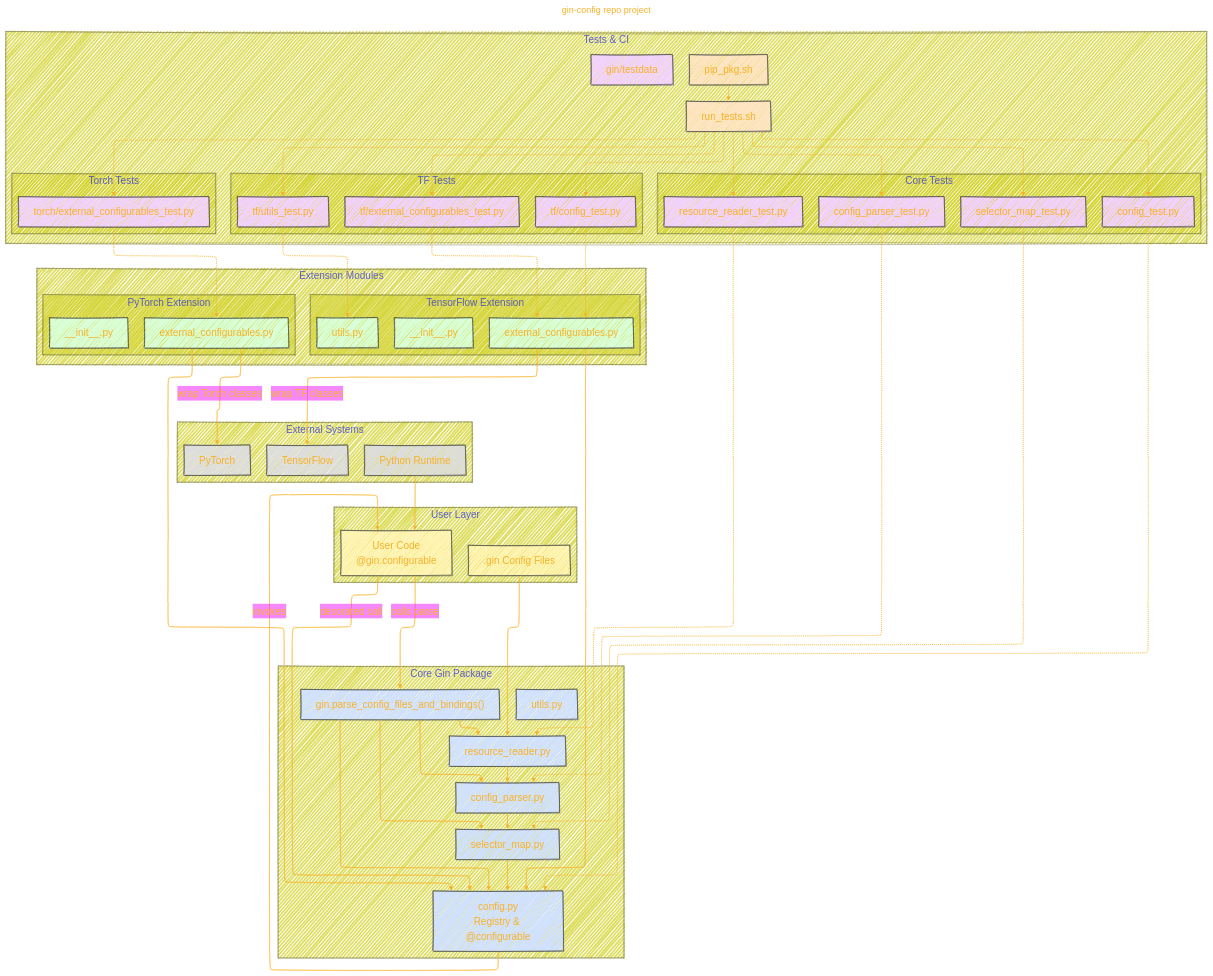
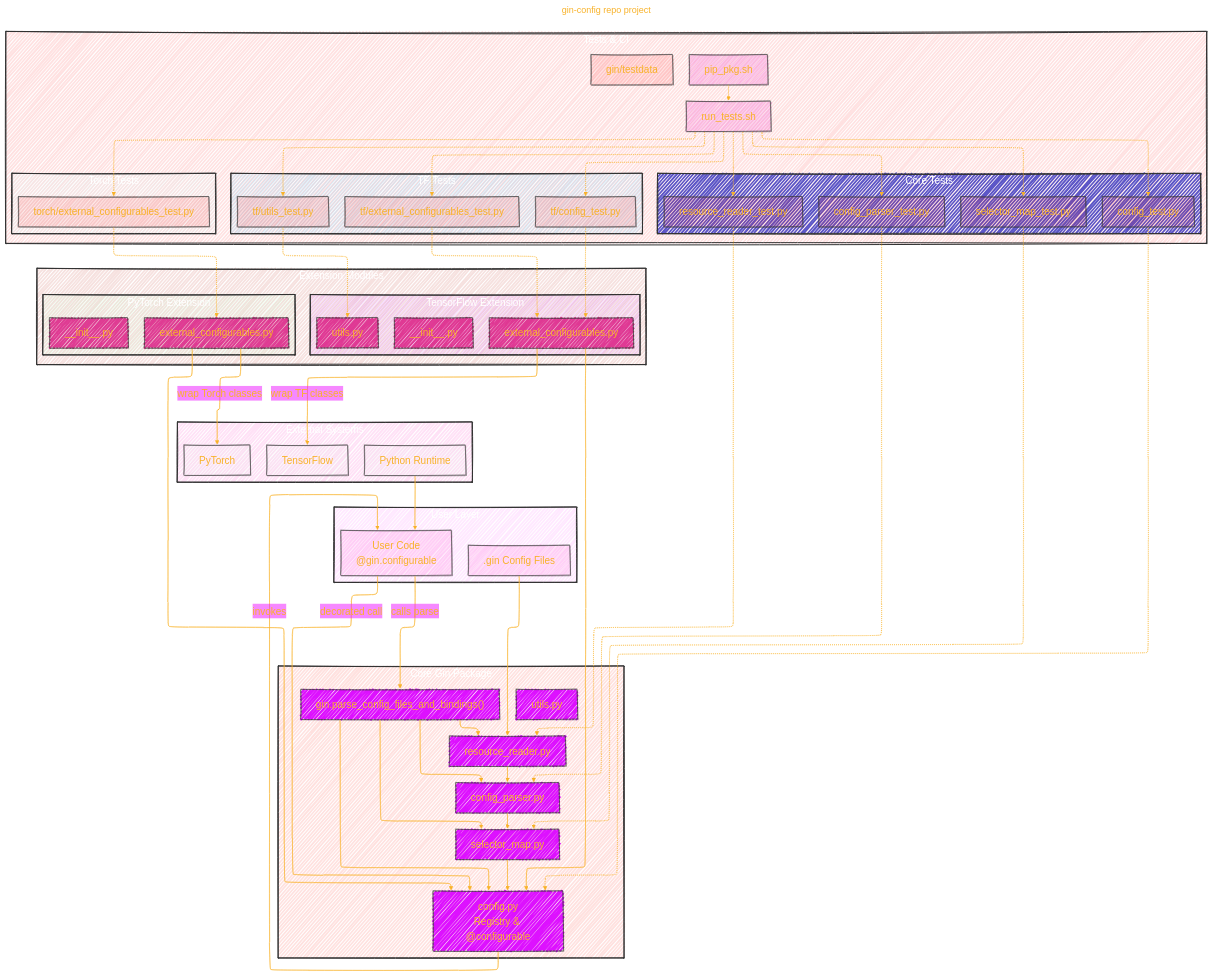
Before and after one commit to CongLeSolutionX/ArchExplorer: the first of 2 diagrams in GOOGLE/gin-config.md, drawn with Mermaid.

Commit message:
update notes

````diff
--- a/GOOGLE/gin-config.md
+++ b/GOOGLE/gin-config.md
@@ -74,139 +74,152 @@
   }
 }%%
 flowchart TB
-    %% User Layer
-    subgraph "User Layer"
-        direction TB
-        UserCode["User Code\n@gin.configurable"]:::user
-        ConfigFiles[".gin Config Files"]:::user
+  subgraph User_Layer["User Layer"]
+  style User_Layer fill:#F5F2,stroke:#333,stroke-width:2px, color: #FFFF
+  direction TB
+    UserCode["User Code\n@gin.configurable"]:::user
+    ConfigFiles[".gin Config Files"]:::user
+  end
+
+  %% Core Layer
+  subgraph Core_Gin_Package["Core Gin Package"]
+  style Core_Gin_Package fill:#F212,stroke:#333,stroke-width:2px, color: #FFFF
+  direction TB
+    API["gin.parse_config_files_and_bindings()"]:::core
+    config["config.py\nRegistry & @configurable"]:::core
+    reader["resource_reader.py"]:::core
+    parser["config_parser.py"]:::core
+    selector["selector_map.py"]:::core
+    utils["utils.py"]:::core
+  end
+
+  %% Extension Layer
+  subgraph Extension_Modules["Extension Modules"]
+  style Extension_Modules fill:#B212,stroke:#333,stroke-width:2px, color: #FFFF
+  direction TB
+
+      subgraph TensorFlow_Extension["TensorFlow Extension"]
+      style TensorFlow_Extension fill:#C2F2,stroke:#333,stroke-width:2px, color: #FFFF
+      direction TB
+        tfInit["__init__.py"]:::ext
+        tfReg["external_configurables.py"]:::ext
+        tfUtils["utils.py"]:::ext
+      end
+      
+      subgraph PyTorch_Extension["PyTorch Extension"]
+      style PyTorch_Extension fill:#AFB2,stroke:#333,stroke-width:2px, color: #FFFF
+      direction TB
+        torchInit["__init__.py"]:::ext
+        torchReg["external_configurables.py"]:::ext
     end
+  end
 
-    %% Core Layer
-    subgraph "Core Gin Package"
-        direction TB
-        API["gin.parse_config_files_and_bindings()"]:::core
-        config["config.py\nRegistry & @configurable"]:::core
-        reader["resource_reader.py"]:::core
-        parser["config_parser.py"]:::core
-        selector["selector_map.py"]:::core
-        utils["utils.py"]:::core
-    end
-
-    %% Extension Layer
-    subgraph "Extension Modules"
-        direction TB
-        subgraph "TensorFlow Extension"
-            direction TB
-            tfInit["__init__.py"]:::ext
-            tfReg["external_configurables.py"]:::ext
-            tfUtils["utils.py"]:::ext
-        end
-        subgraph "PyTorch Extension"
-            direction TB
-            torchInit["__init__.py"]:::ext
-            torchReg["external_configurables.py"]:::ext
-        end
-    end
-
-    %% External Systems
-    subgraph "External Systems"
-        direction TB
+    subgraph External_Systems["External Systems"]
+    style External_Systems fill:#F2B2,stroke:#333,stroke-width:2px, color: #FFFF
+    direction TB
         PythonRuntime["Python Runtime"]:::external
         TensorFlow["TensorFlow"]:::external
         PyTorch["PyTorch"]:::external
     end
 
-    %% Tests & CI
-    subgraph "Tests & CI"
-        direction TB
-        subgraph "Core Tests"
-            parserTest["config_parser_test.py"]:::test
-            configTest["config_test.py"]:::test
-            readerTest["resource_reader_test.py"]:::test
-            selectorTest["selector_map_test.py"]:::test
-        end
-        subgraph "TF Tests"
-            tfConfigTest["tf/config_test.py"]:::test
-            tfRegTest["tf/external_configurables_test.py"]:::test
-            tfUtilsTest["tf/utils_test.py"]:::test
-        end
-        subgraph "Torch Tests"
-            torchTest["torch/external_configurables_test.py"]:::test
-        end
-        testdata["gin/testdata"]:::test
-        runTests["run_tests.sh"]:::script
-        pipPkg["pip_pkg.sh"]:::script
+  subgraph Tests_and_CI["Tests & CI"]
+  style Tests_and_CI fill:#F222,stroke:#333,stroke-width:2px, color: #FFFF
+  direction TB
+
+    subgraph Core_Tests["Core Tests"]
+    style Core_Tests fill:#22BB,stroke:#333,stroke-width:2px, color: #FFFF
+      parserTest["config_parser_test.py"]:::test
+      configTest["config_test.py"]:::test
+      readerTest["resource_reader_test.py"]:::test
+      selectorTest["selector_map_test.py"]:::test
+    end
+    
+    subgraph TF_Tests["TF Tests"]
+    style TF_Tests fill:#2BF2,stroke:#333,stroke-width:2px, color: #FFFF
+      tfConfigTest["tf/config_test.py"]:::test
+      tfRegTest["tf/external_configurables_test.py"]:::test
+      tfUtilsTest["tf/utils_test.py"]:::test
+    end
+    
+    subgraph Torch_Tests["Torch Tests"]
+    style Torch_Tests fill:#BFF2,stroke:#333,stroke-width:2px, color: #FFFF
+      torchTest["torch/external_configurables_test.py"]:::test
     end
 
-    %% Main Flow
-    UserCode -->|calls parse| API
-    ConfigFiles --> reader --> parser --> selector --> config
-    API --> reader
-    API --> parser
-    API --> selector
-    API --> config
+    testdata["gin/testdata"]:::test
+    runTests["run_tests.sh"]:::script
+    pipPkg["pip_pkg.sh"]:::script
+  end
 
-    %% Runtime Injection
-    UserCode -->|decorated call| config
-    config -->|invokes| UserCode
+  %% Main Flow
+  UserCode -->|calls parse| API
+  ConfigFiles --> reader --> parser --> selector --> config
+  API --> reader
+  API --> parser
+  API --> selector
+  API --> config
 
-    %% Extensions Registration
-    tfReg --> config
-    torchReg --> config
+  %% Runtime Injection
+  UserCode -->|decorated call| config
+  config -->|invokes| UserCode
 
-    %% External Plugins
-    tfReg -->|wrap TF classes| TensorFlow
-    torchReg -->|wrap Torch classes| PyTorch
-    PythonRuntime --> UserCode
+  %% Extensions Registration
+  tfReg --> config
+  torchReg --> config
 
-    %% Tests & CI Flows (dashed)
-    parserTest -.-> parser
-    configTest -.-> config
-    readerTest -.-> reader
-    selectorTest -.-> selector
-    tfConfigTest -.-> tfReg
-    tfRegTest -.-> tfReg
-    tfUtilsTest -.-> tfUtils
-    torchTest -.-> torchReg
-    runTests -.-> parserTest
-    runTests -.-> configTest
-    runTests -.-> readerTest
-    runTests -.-> selectorTest
-    runTests -.-> tfConfigTest
-    runTests -.-> tfRegTest
-    runTests -.-> tfUtilsTest
-    runTests -.-> torchTest
-    pipPkg -.-> runTests
+  %% External Plugins
+  tfReg -->|wrap TF classes| TensorFlow
+  torchReg -->|wrap Torch classes| PyTorch
+  PythonRuntime --> UserCode
 
-    %% Click Events
-    click config "https://github.com/google/gin-config/blob/master/gin/config.py"
-    click parser "https://github.com/google/gin-config/blob/master/gin/config_parser.py"
-    click reader "https://github.com/google/gin-config/blob/master/gin/resource_reader.py"
-    click selector "https://github.com/google/gin-config/blob/master/gin/selector_map.py"
-    click utils "https://github.com/google/gin-config/blob/master/gin/utils.py"
-    click tfInit "https://github.com/google/gin-config/blob/master/gin/tf/__init__.py"
-    click tfReg "https://github.com/google/gin-config/blob/master/gin/tf/external_configurables.py"
-    click tfUtils "https://github.com/google/gin-config/blob/master/gin/tf/utils.py"
-    click torchInit "https://github.com/google/gin-config/blob/master/gin/torch/__init__.py"
-    click torchReg "https://github.com/google/gin-config/blob/master/gin/torch/external_configurables.py"
-    click parserTest "https://github.com/google/gin-config/blob/master/tests/config_parser_test.py"
-    click configTest "https://github.com/google/gin-config/blob/master/tests/config_test.py"
-    click readerTest "https://github.com/google/gin-config/blob/master/tests/resource_reader_test.py"
-    click selectorTest "https://github.com/google/gin-config/blob/master/tests/selector_map_test.py"
-    click tfConfigTest "https://github.com/google/gin-config/blob/master/tests/tf/config_test.py"
-    click tfRegTest "https://github.com/google/gin-config/blob/master/tests/tf/external_configurables_test.py"
-    click tfUtilsTest "https://github.com/google/gin-config/blob/master/tests/tf/utils_test.py"
-    click torchTest "https://github.com/google/gin-config/blob/master/tests/torch/external_configurables_test.py"
-    click testdata "https://github.com/google/gin-config/tree/master/gin/testdata"
-    click runTests "https://github.com/google/gin-config/blob/master/run_tests.sh"
-    click pipPkg "https://github.com/google/gin-config/blob/master/pip_pkg.sh"
+  %% Tests & CI Flows (dashed)
+  parserTest -.-> parser
+  configTest -.-> config
+  readerTest -.-> reader
+  selectorTest -.-> selector
+  tfConfigTest -.-> tfReg
+  tfRegTest -.-> tfReg
+  tfUtilsTest -.-> tfUtils
+  torchTest -.-> torchReg
+  runTests -.-> parserTest
+  runTests -.-> configTest
+  runTests -.-> readerTest
+  runTests -.-> selectorTest
+  runTests -.-> tfConfigTest
+  runTests -.-> tfRegTest
+  runTests -.-> tfUtilsTest
+  runTests -.-> torchTest
+  pipPkg -.-> runTests
 
-    %% Styles
-    classDef core fill:#D0E1FF,stroke:#333,stroke-width:1px
-    classDef ext fill:#D8FFD8,stroke:#333,stroke-width:1px
-    classDef user fill:#FFF4B2,stroke:#333,stroke-width:1px
-    classDef external fill:#DDDDDD,stroke:#333,stroke-width:1px
-    classDef test fill:#F3D1FF,stroke:#333,stroke-width:1px
-    classDef script fill:#FFE4C4,stroke:#333,stroke-width:1px
+  %% Click Events
+  click config "https://github.com/google/gin-config/blob/master/gin/config.py"
+  click parser "https://github.com/google/gin-config/blob/master/gin/config_parser.py"
+  click reader "https://github.com/google/gin-config/blob/master/gin/resource_reader.py"
+  click selector "https://github.com/google/gin-config/blob/master/gin/selector_map.py"
+  click utils "https://github.com/google/gin-config/blob/master/gin/utils.py"
+  click tfInit "https://github.com/google/gin-config/blob/master/gin/tf/__init__.py"
+  click tfReg "https://github.com/google/gin-config/blob/master/gin/tf/external_configurables.py"
+  click tfUtils "https://github.com/google/gin-config/blob/master/gin/tf/utils.py"
+  click torchInit "https://github.com/google/gin-config/blob/master/gin/torch/__init__.py"
+  click torchReg "https://github.com/google/gin-config/blob/master/gin/torch/external_configurables.py"
+  click parserTest "https://github.com/google/gin-config/blob/master/tests/config_parser_test.py"
+  click configTest "https://github.com/google/gin-config/blob/master/tests/config_test.py"
+  click readerTest "https://github.com/google/gin-config/blob/master/tests/resource_reader_test.py"
+  click selectorTest "https://github.com/google/gin-config/blob/master/tests/selector_map_test.py"
+  click tfConfigTest "https://github.com/google/gin-config/blob/master/tests/tf/config_test.py"
+  click tfRegTest "https://github.com/google/gin-config/blob/master/tests/tf/external_configurables_test.py"
+  click tfUtilsTest "https://github.com/google/gin-config/blob/master/tests/tf/utils_test.py"
+  click torchTest "https://github.com/google/gin-config/blob/master/tests/torch/external_configurables_test.py"
+  click testdata "https://github.com/google/gin-config/tree/master/gin/testdata"
+  click runTests "https://github.com/google/gin-config/blob/master/run_tests.sh"
+  click pipPkg "https://github.com/google/gin-config/blob/master/pip_pkg.sh"
+
+  %% Styles
+  classDef core fill:#D1FF,stroke:#333,stroke-width:1px
+  classDef ext fill:#D28D,stroke:#333,stroke-width:1px
+  classDef user fill:#F2B2,stroke:#333,stroke-width:1px
+  classDef external fill:#DDD2,stroke:#333,stroke-width:1px
+  classDef test fill:#F112,stroke:#333,stroke-width:1px
+  classDef script fill:#E4C4,stroke:#333,stroke-width:1px
 
 ```
````
